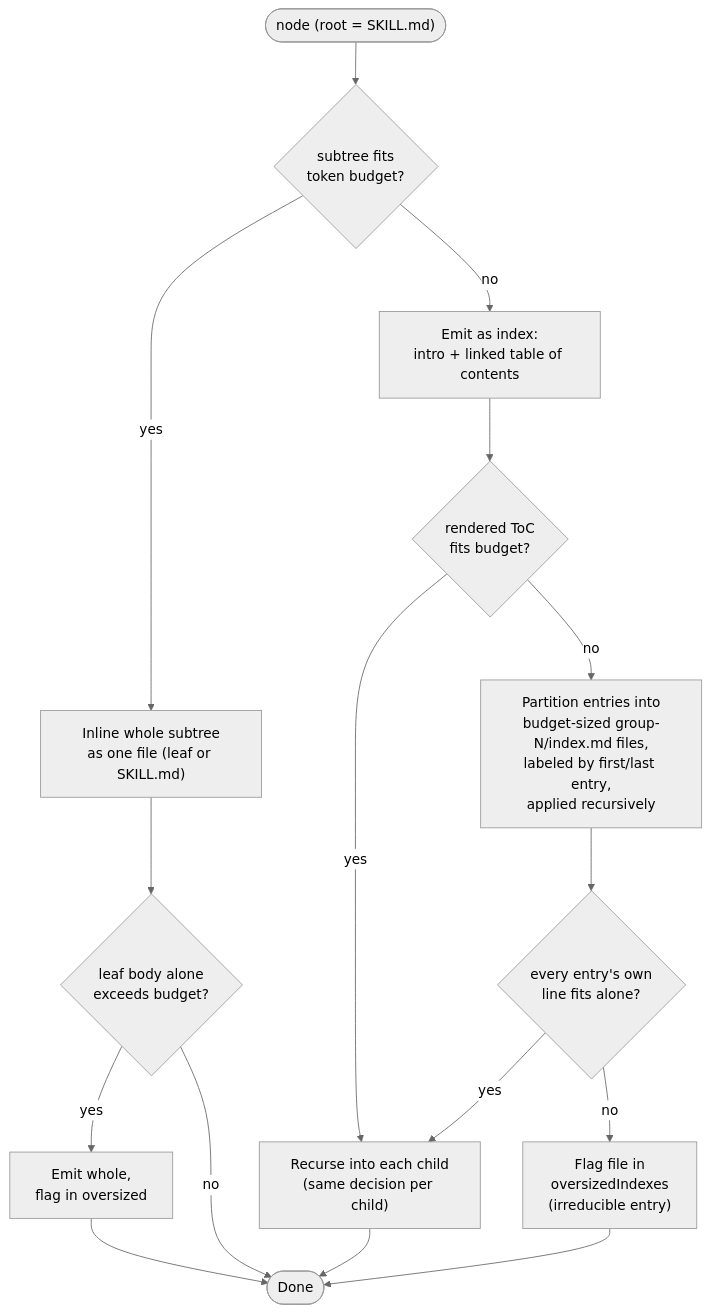
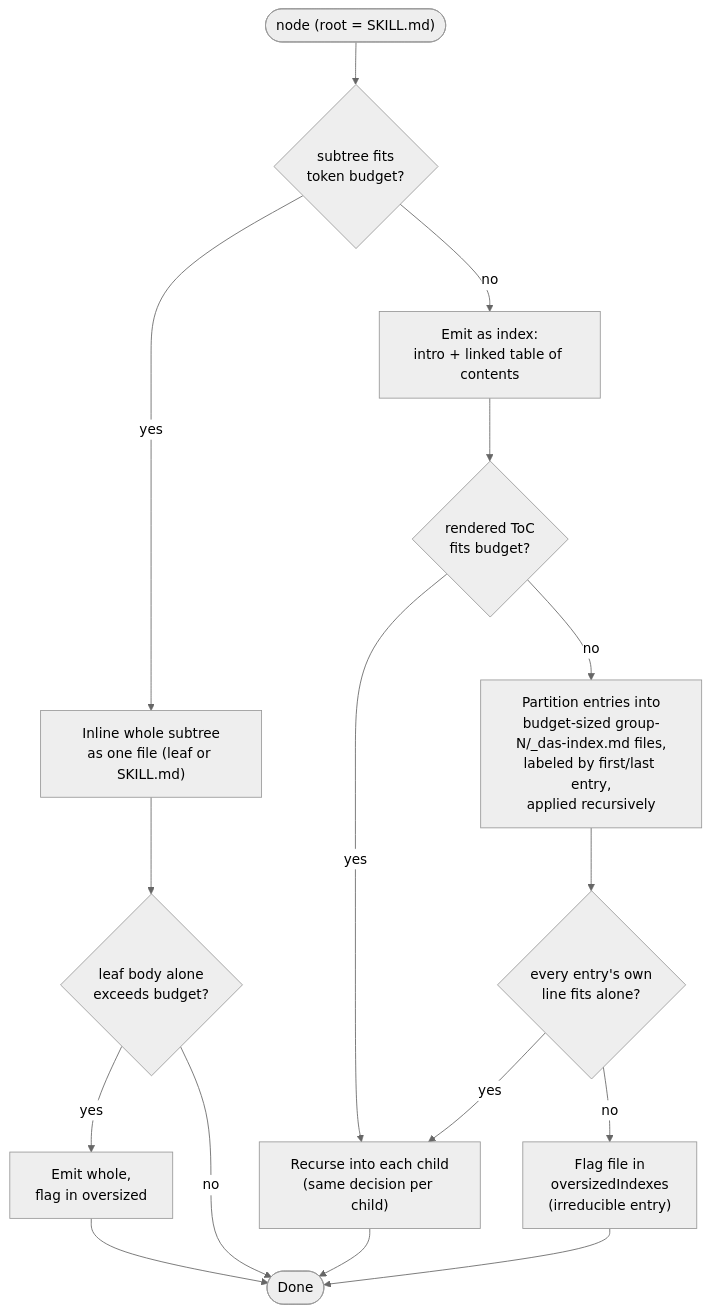
Before and after one commit to codewizwit/das-cli: the second of 2 diagrams in website/docs/architecture.md, drawn with Mermaid (neutral theme). The commit also changed 6 other files, not shown here.

````diff
--- a/website/docs/architecture.md
+++ b/website/docs/architecture.md
@@ -64,20 +64,20 @@
 ```mermaid
 flowchart TD
     Start(["node (root = SKILL.md)"]) --> Fits{"subtree fits\ntoken budget?"}
     Fits -->|yes| Inline["Inline whole subtree\nas one file (leaf or SKILL.md)"]
     Fits -->|no| Index["Emit as index:\nintro + linked table of contents"]
 
     Index --> TocFits{"rendered ToC\nfits budget?"}
     TocFits -->|yes| Recurse["Recurse into each child\n(same decision per child)"]
-    TocFits -->|no| Group["Partition entries into\nbudget-sized group-N/index.md files,\nlabeled by first/last entry,\napplied recursively"]
+    TocFits -->|no| Group["Partition entries into\nbudget-sized group-N/_das-index.md files,\nlabeled by first/last entry,\napplied recursively"]
     Group --> GroupOk{"every entry's own\nline fits alone?"}
     GroupOk -->|yes| Recurse
     GroupOk -->|no| FlagIndex["Flag file in\noversizedIndexes\n(irreducible entry)"]
 
     Inline --> LeafCheck{"leaf body alone\nexceeds budget?"}
     LeafCheck -->|yes| FlagLeaf["Emit whole,\nflag in oversized"]
     LeafCheck -->|no| Done(["Done"])
     FlagLeaf --> Done
     FlagIndex --> Done
     Recurse --> Done
 ```
````
